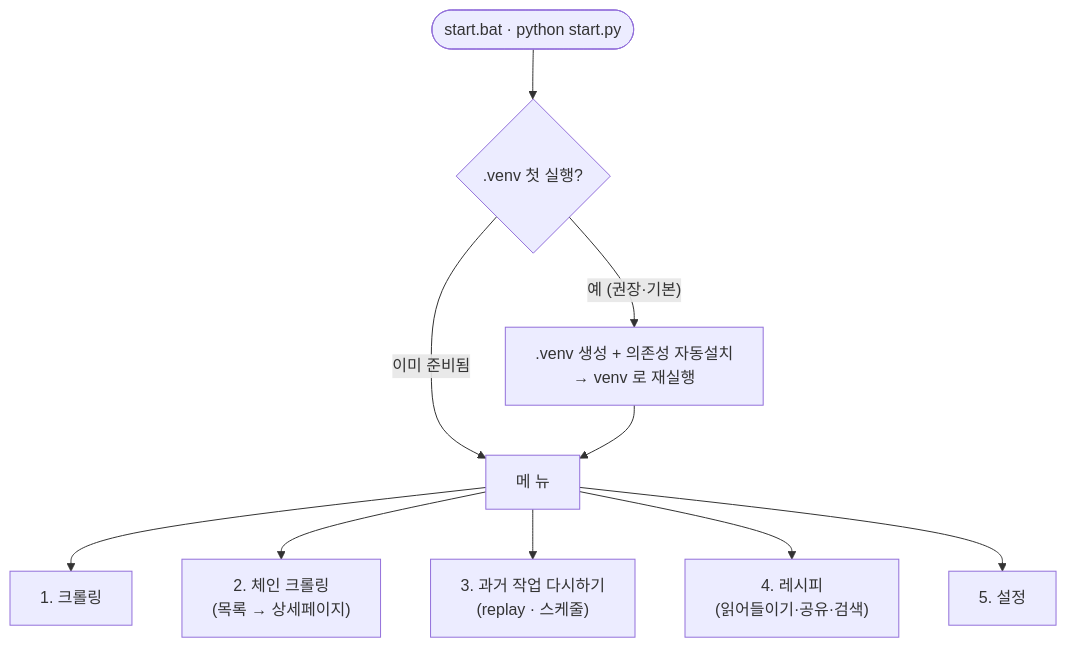
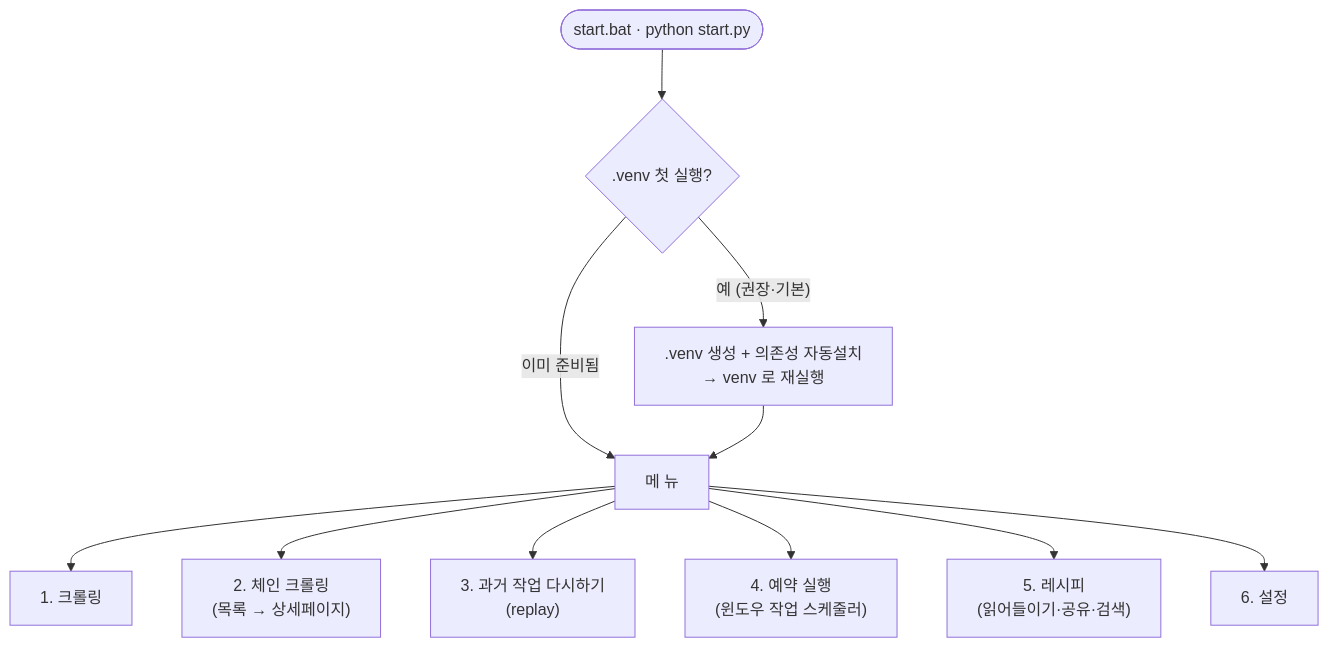
The first of 2 diagrams in README.ko.md (Basearchio/Sovereign-Scraper), drawn with Mermaid before and after one commit. The commit also changed other lines of this file and 7 other files, not shown here.

````diff
--- a/README.ko.md
+++ b/README.ko.md
@@ -57,12 +57,13 @@
 ```mermaid
 flowchart TD
     Start(["start.bat · python start.py"]) --> Boot{".venv 첫 실행?"}
     Boot -- "예 (권장·기본)" --> Venv[".venv 생성 + 의존성 자동설치<br/>→ venv 로 재실행"]
     Boot -- "이미 준비됨" --> Menu["메 뉴"]
     Venv --> Menu
     Menu --> M1["1. 크롤링"]
     Menu --> M2["2. 체인 크롤링<br/>(목록 → 상세페이지)"]
-    Menu --> M3["3. 과거 작업 다시하기<br/>(replay · 스케줄)"]
-    Menu --> M4["4. 레시피<br/>(읽어들이기·공유·검색)"]
-    Menu --> M5["5. 설정"]
+    Menu --> M3["3. 과거 작업 다시하기<br/>(replay)"]
+    Menu --> M4["4. 예약 실행<br/>(윈도우 작업 스케줄러)"]
+    Menu --> M5["5. 레시피<br/>(읽어들이기·공유·검색)"]
+    Menu --> M6["6. 설정"]
 ```
````
